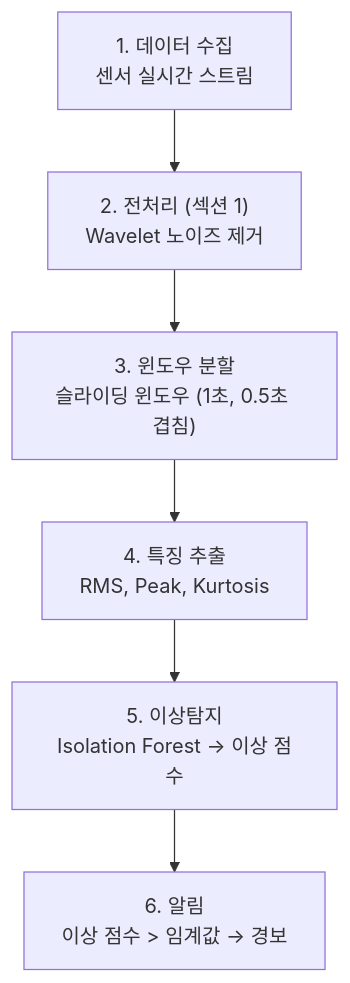
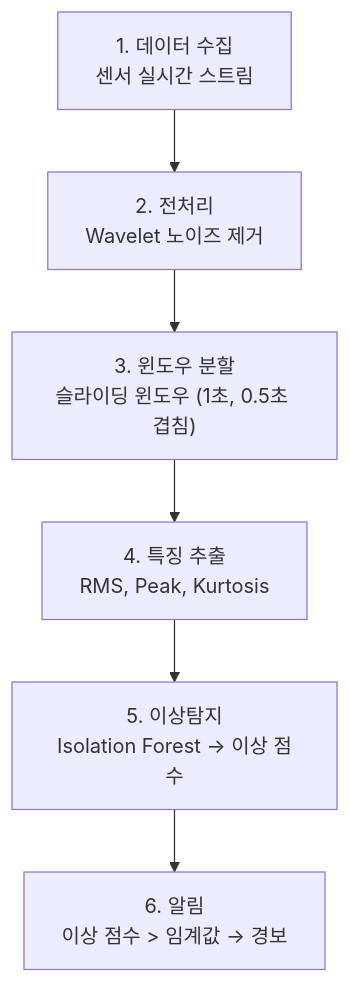
One commit to HangryDev/205-research-etri changed the third of 3 diagrams in jupyter-book/session1/sec3_cnc_pipeline.md. Above: the diagram before and after it, drawn with Mermaid. The commit also changed other lines of this file and 19 other files, not shown here.

````diff
--- a/jupyter-book/session1/sec3_cnc_pipeline.md
+++ b/jupyter-book/session1/sec3_cnc_pipeline.md
@@ -193,8 +189,8 @@
 ```{mermaid}
 flowchart TB
-    A["1. 데이터 수집\n센서 실시간 스트림"] --> B["2. 전처리 (섹션 1)\nWavelet 노이즈 제거"]
+    A["1. 데이터 수집\n센서 실시간 스트림"] --> B["2. 전처리 \nWavelet 노이즈 제거"]
     B --> C["3. 윈도우 분할\n슬라이딩 윈도우 (1초, 0.5초 겹침)"]
     C --> D["4. 특징 추출\nRMS, Peak, Kurtosis"]
     D --> E["5. 이상탐지\nIsolation Forest → 이상 점수"]
     E --> F["6. 알림\n이상 점수 > 임계값 → 경보"]
 ```
````
